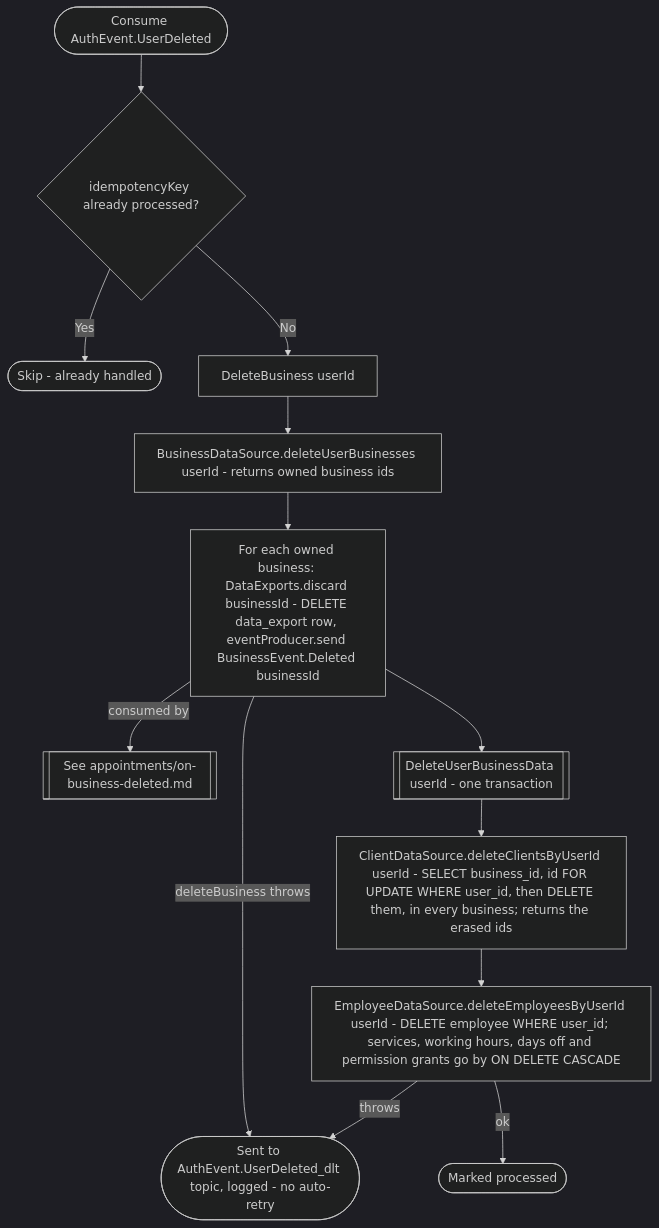
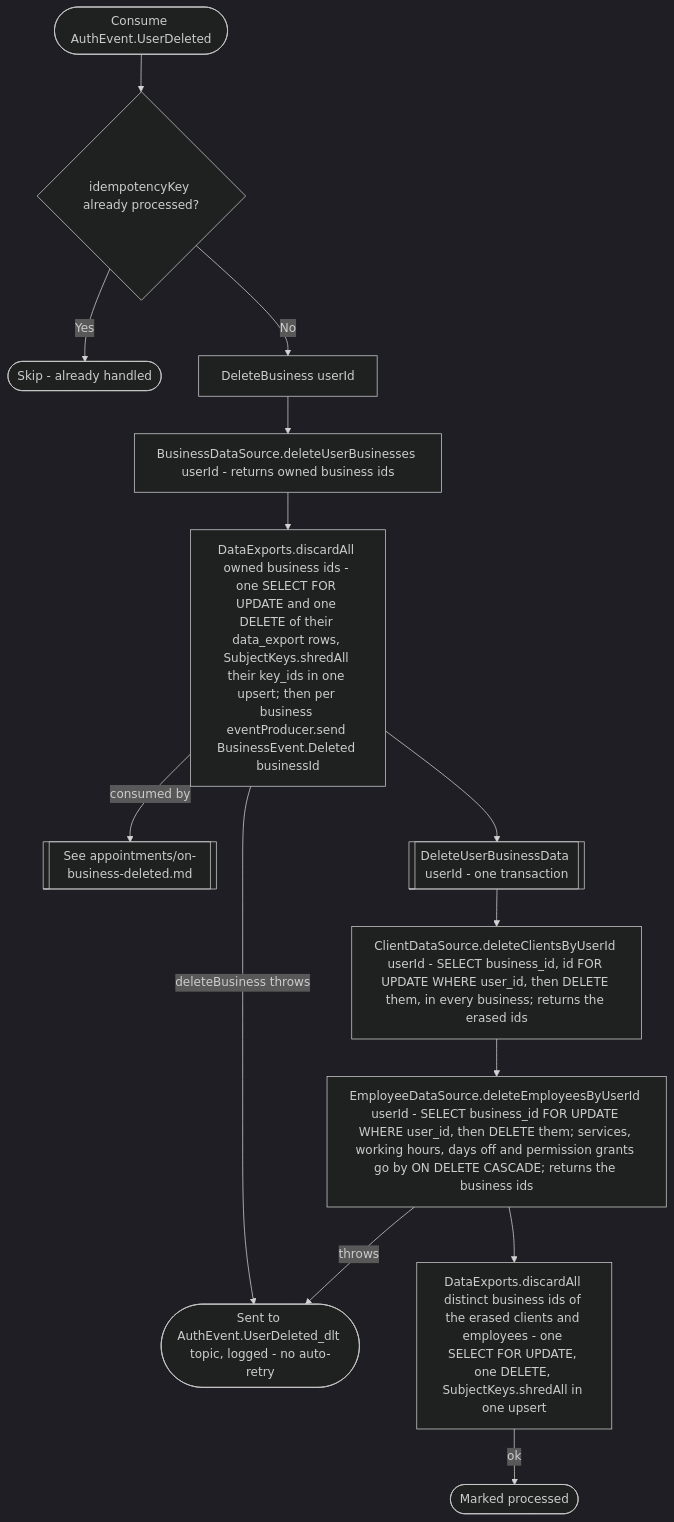
The diagram in docs/operations/business/on-user-deleted.md (nocturneproperties/bookkme), drawn with Mermaid (dark theme) before and after one commit. The commit also changed 72 other files, not shown here.

````diff
--- a/docs/operations/business/on-user-deleted.md
+++ b/docs/operations/business/on-user-deleted.md
@@ -19,15 +19,16 @@
 ```mermaid
 flowchart TD
     Start([Consume AuthEvent.UserDeleted]) --> Dedup{idempotencyKey already processed?}
     Dedup -- Yes --> Skip([Skip - already handled])
     Dedup -- No --> DeleteBiz[DeleteBusiness userId]
     DeleteBiz --> GetBiz[BusinessDataSource.deleteUserBusinesses userId - returns owned business ids]
-    GetBiz --> Loop[For each owned business: DataExports.discard businessId - DELETE data_export row, eventProducer.send BusinessEvent.Deleted businessId]
+    GetBiz --> Loop["DataExports.discardAll owned business ids - one SELECT FOR UPDATE and one DELETE of their data_export rows, SubjectKeys.shredAll their key_ids in one upsert; then per business eventProducer.send BusinessEvent.Deleted businessId"]
     Loop -- consumed by --> Downstream[[See appointments/on-business-deleted.md]]
     Loop -- deleteBusiness throws --> Dlt([Sent to AuthEvent.UserDeleted_dlt topic, logged - no auto-retry])
     Loop --> DeleteData[[DeleteUserBusinessData userId - one transaction]]
     DeleteData --> DelClients["ClientDataSource.deleteClientsByUserId userId - SELECT business_id, id FOR UPDATE WHERE user_id, then DELETE them, in every business; returns the erased ids"]
-    DelClients --> DelEmployees["EmployeeDataSource.deleteEmployeesByUserId userId - DELETE employee WHERE user_id; services, working hours, days off and permission grants go by ON DELETE CASCADE"]
+    DelClients --> DelEmployees["EmployeeDataSource.deleteEmployeesByUserId userId - SELECT business_id FOR UPDATE WHERE user_id, then DELETE them; services, working hours, days off and permission grants go by ON DELETE CASCADE; returns the business ids"]
+    DelEmployees --> DiscardExports["DataExports.discardAll distinct business ids of the erased clients and employees - one SELECT FOR UPDATE, one DELETE, SubjectKeys.shredAll in one upsert"]
     DelEmployees -- throws --> Dlt
-    DelEmployees -- ok --> Ack([Marked processed])
+    DiscardExports -- ok --> Ack([Marked processed])
 ```
````
